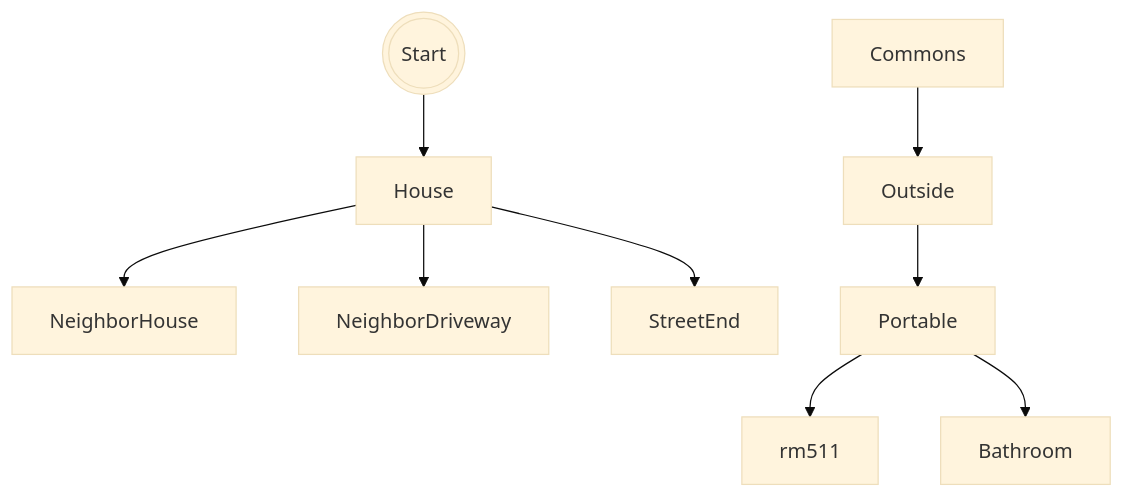
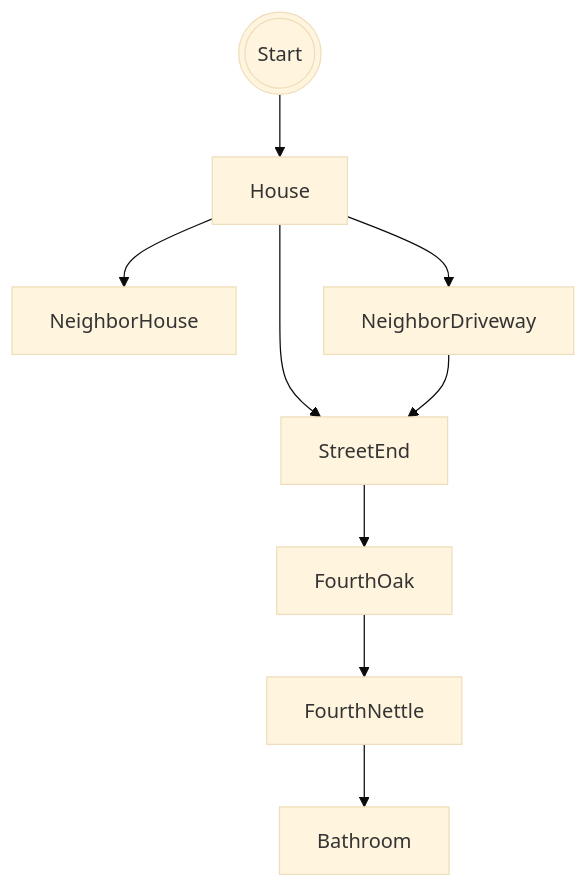
One commit to MRC8git/MRC8git.github.io changed the diagram in projects/game/README.md. Above: the diagram before and after it, drawn with Mermaid (base theme).

Commit message:
updated mapish

````diff
--- a/projects/game/README.md
+++ b/projects/game/README.md
@@ -9,11 +9,11 @@
 ```mermaid
 graph TD;
     Start(((Start)))-->House;
     House-->NeighborHouse;
     House-->NeighborDriveway;
     House-->StreetEnd;
-    Commons-->Outside;
-    Outside-->Portable;
-    Portable-->rm511;
-    Portable-->Bathroom;
+    NeighborDriveway-->StreetEnd;
+    StreetEnd-->FourthOak;
+    FourthOak-->FourthNettle;
+    FourthNettle-->Bathroom;
 ```
````
